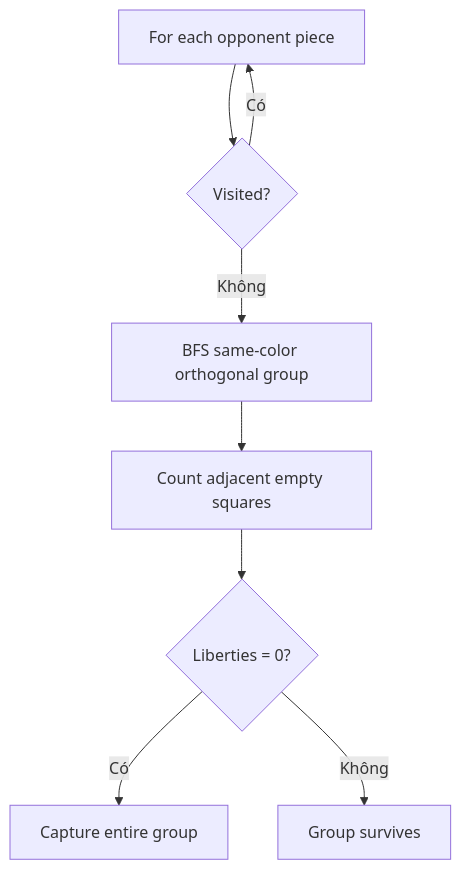
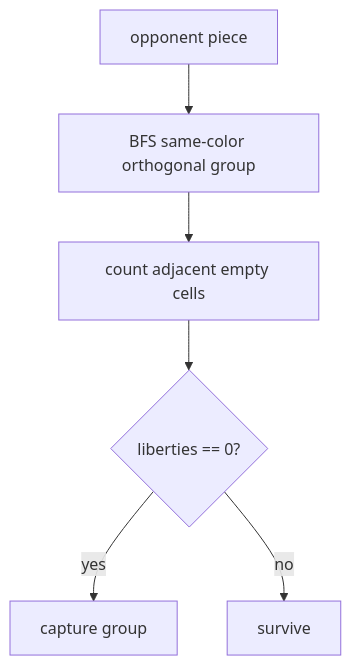
One commit to machxanht/Rek-Khmer-Chess changed the sixth of 7 diagrams in ENGINE_ARCHITECTURE_REK_KHMER.md. Above: the diagram before and after it, drawn with Mermaid. The commit also changed other lines of this file and 13 other files, not shown here.

````diff
--- a/ENGINE_ARCHITECTURE_REK_KHMER.md
+++ b/ENGINE_ARCHITECTURE_REK_KHMER.md
@@ -246,10 +298,8 @@
 ```mermaid
 flowchart TD
-    A[For each opponent piece] --> B{Visited?}
-    B -- Có --> A
-    B -- Không --> C[BFS same-color orthogonal group]
-    C --> D[Count adjacent empty squares]
-    D --> E{Liberties = 0?}
-    E -- Có --> F[Capture entire group]
-    E -- Không --> G[Group survives]
+    A[opponent piece] --> B[BFS same-color orthogonal group]
+    B --> C[count adjacent empty cells]
+    C --> D{liberties == 0?}
+    D -- yes --> E[capture group]
+    D -- no --> F[survive]
 ```
````
